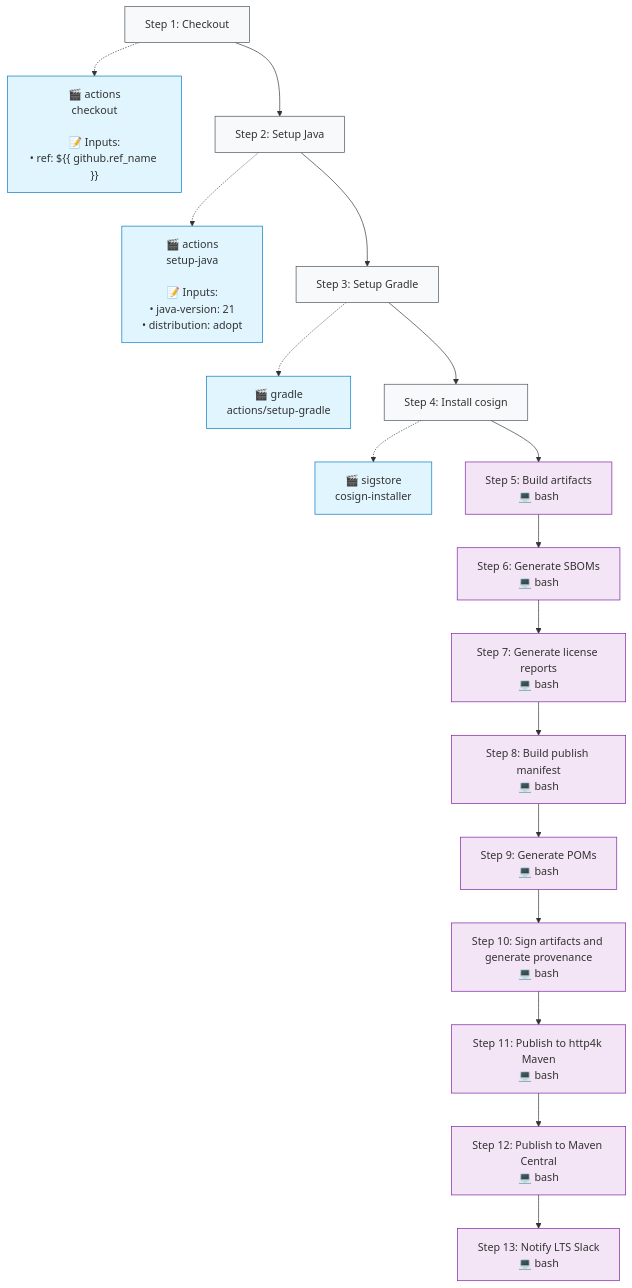
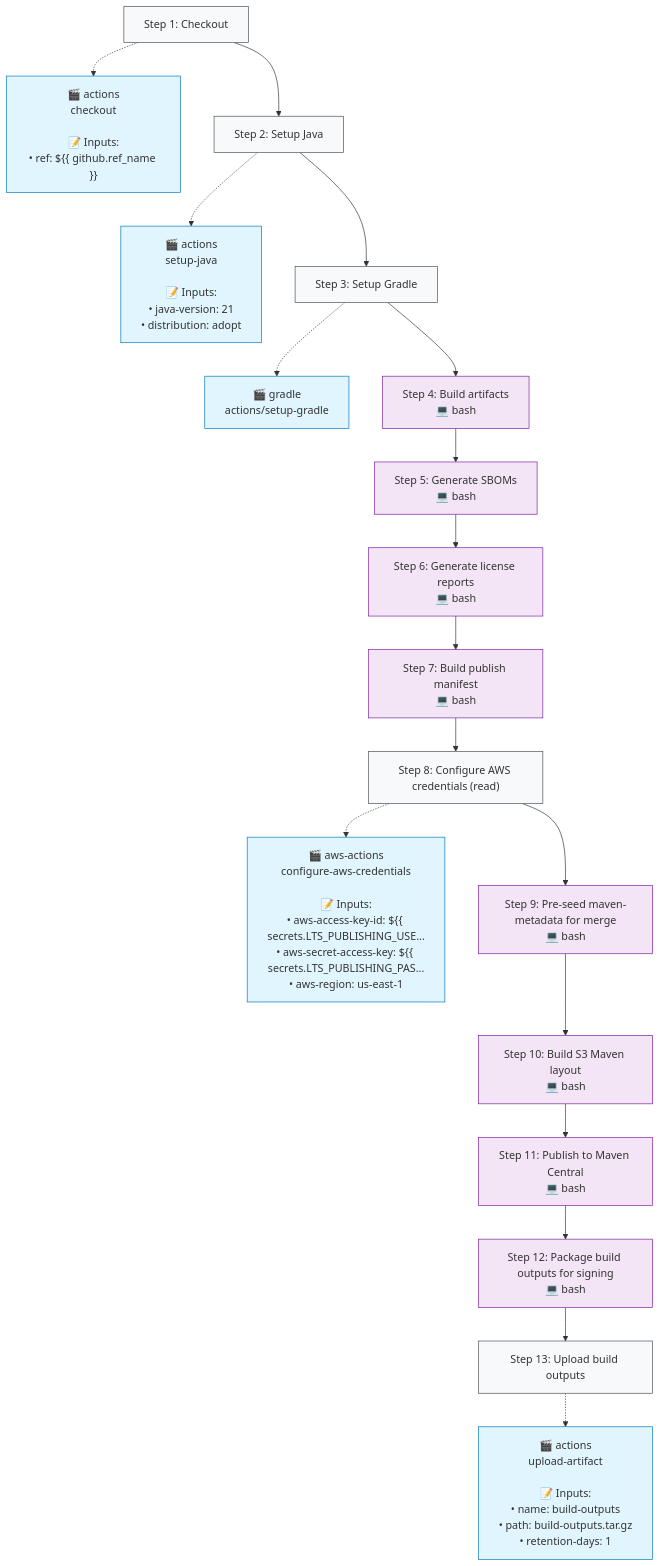
The second of 3 diagrams in .github/typeflows/publish-artifacts/README.md (http4k/http4k), drawn with Mermaid before and after one commit. The commit also changed other lines of this file and 9 other files, not shown here.

Commit message:
isolate build/attest stages in publishing pipeline

````diff
--- a/.github/typeflows/publish-artifacts/README.md
+++ b/.github/typeflows/publish-artifacts/README.md
@@ -22,54 +24,57 @@
 ```mermaid
 %%{init: {"flowchart": {"curve": "basis"}}}%%
 flowchart TD
     step1["Step 1: Checkout"]
     style step1 fill:#f8f9fa,stroke:#495057
     action1["🎬 actions<br/>checkout<br/><br/>📝 Inputs:<br/>• ref: ${{ github.ref_name }}"]
     style action1 fill:#e1f5fe,stroke:#0277bd
     step1 -.-> action1
     step2["Step 2: Setup Java"]
     style step2 fill:#f8f9fa,stroke:#495057
     action2["🎬 actions<br/>setup-java<br/><br/>📝 Inputs:<br/>• java-version: 21<br/>• distribution: adopt"]
     style action2 fill:#e1f5fe,stroke:#0277bd
     step2 -.-> action2
     step1 --> step2
     step3["Step 3: Setup Gradle"]
     style step3 fill:#f8f9fa,stroke:#495057
     action3["🎬 gradle<br/>actions/setup-gradle"]
     style action3 fill:#e1f5fe,stroke:#0277bd
     step3 -.-> action3
     step2 --> step3
-    step4["Step 4: Install cosign"]
-    style step4 fill:#f8f9fa,stroke:#495057
-    action4["🎬 sigstore<br/>cosign-installer"]
-    style action4 fill:#e1f5fe,stroke:#0277bd
-    step4 -.-> action4
+    step4["Step 4: Build artifacts<br/>💻 bash"]
+    style step4 fill:#f3e5f5,stroke:#7b1fa2
     step3 --> step4
-    step5["Step 5: Build artifacts<br/>💻 bash"]
+    step5["Step 5: Generate SBOMs<br/>💻 bash"]
     style step5 fill:#f3e5f5,stroke:#7b1fa2
     step4 --> step5
-    step6["Step 6: Generate SBOMs<br/>💻 bash"]
+    step6["Step 6: Generate license reports<br/>💻 bash"]
     style step6 fill:#f3e5f5,stroke:#7b1fa2
     step5 --> step6
-    step7["Step 7: Generate license reports<br/>💻 bash"]
+    step7["Step 7: Build publish manifest<br/>💻 bash"]
     style step7 fill:#f3e5f5,stroke:#7b1fa2
     step6 --> step7
-    step8["Step 8: Build publish manifest<br/>💻 bash"]
-    style step8 fill:#f3e5f5,stroke:#7b1fa2
+    step8["Step 8: Configure AWS credentials (read)"]
+    style step8 fill:#f8f9fa,stroke:#495057
+    action8["🎬 aws-actions<br/>configure-aws-credentials<br/><br/>📝 Inputs:<br/>• aws-access-key-id: ${{ secrets.LTS_PUBLISHING_USE...<br/>• aws-secret-access-key: ${{ secrets.LTS_PUBLISHING_PAS...<br/>• aws-region: us-east-1"]
+    style action8 fill:#e1f5fe,stroke:#0277bd
+    step8 -.-> action8
     step7 --> step8
-    step9["Step 9: Generate POMs<br/>💻 bash"]
+    step9["Step 9: Pre-seed maven-metadata for merge<br/>💻 bash"]
     style step9 fill:#f3e5f5,stroke:#7b1fa2
     step8 --> step9
-    step10["Step 10: Sign artifacts and generate provenance<br/>💻 bash"]
+    step10["Step 10: Build S3 Maven layout<br/>💻 bash"]
     style step10 fill:#f3e5f5,stroke:#7b1fa2
     step9 --> step10
-    step11["Step 11: Publish to http4k Maven<br/>💻 bash"]
+    step11["Step 11: Publish to Maven Central<br/>💻 bash"]
     style step11 fill:#f3e5f5,stroke:#7b1fa2
     step10 --> step11
-    step12["Step 12: Publish to Maven Central<br/>💻 bash"]
+    step12["Step 12: Package build outputs for signing<br/>💻 bash"]
     style step12 fill:#f3e5f5,stroke:#7b1fa2
     step11 --> step12
-    step13["Step 13: Notify LTS Slack<br/>💻 bash"]
-    style step13 fill:#f3e5f5,stroke:#7b1fa2
+    step13["Step 13: Upload build outputs"]
+    style step13 fill:#f8f9fa,stroke:#495057
+    action13["🎬 actions<br/>upload-artifact<br/><br/>📝 Inputs:<br/>• name: build-outputs<br/>• path: build-outputs.tar.gz<br/>• retention-days: 1"]
+    style action13 fill:#e1f5fe,stroke:#0277bd
+    step13 -.-> action13
     step12 --> step13
 ```
````
